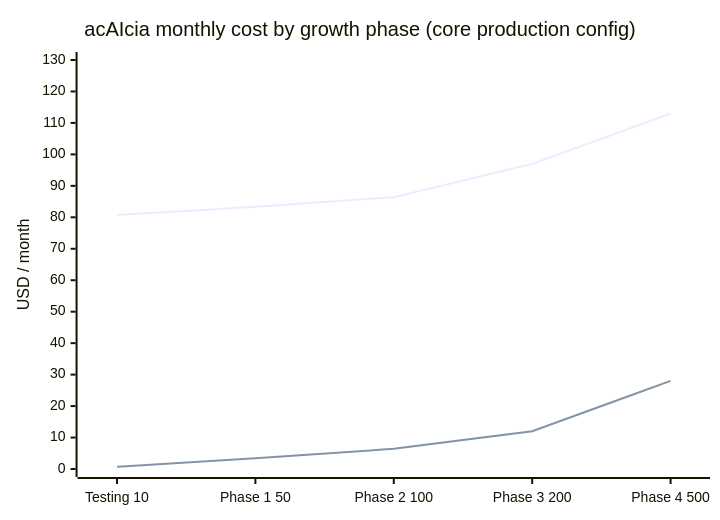
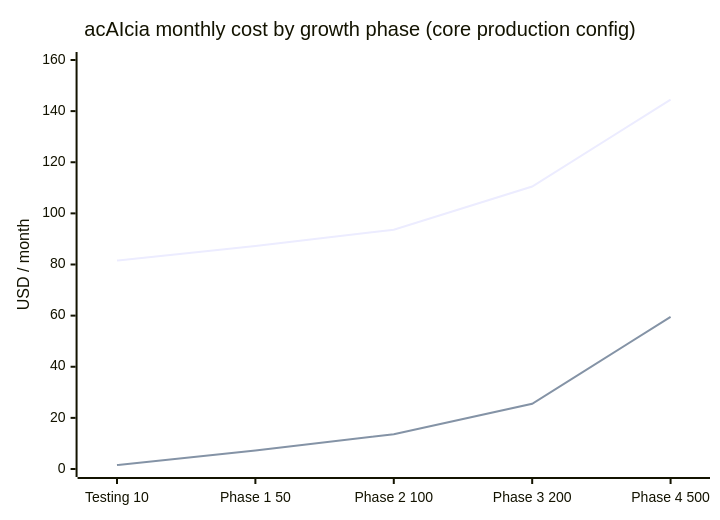
One commit to BongweKE/acAIcia changed the second of 4 diagrams in docs/cost_model.md. Above: the diagram before and after it, drawn with Mermaid. The commit also changed other lines of this file, not shown here.

First line of the commit message:
docs(cost): correct inference estimates from live probes; add upgrades + cost-driver analysis

````diff
--- a/docs/cost_model.md
+++ b/docs/cost_model.md
@@ -136,8 +138,8 @@
 ```mermaid
 xychart-beta
     title "acAIcia monthly cost by growth phase (core production config)"
     x-axis ["Testing 10", "Phase 1 50", "Phase 2 100", "Phase 3 200", "Phase 4 500"]
-    y-axis "USD / month" 0 --> 130
-    line "Total" [80.71, 83.39, 86.39, 96.99, 112.99]
-    line "Mistral inference only" [0.72, 3.40, 6.40, 12.00, 28.00]
+    y-axis "USD / month" 0 --> 160
+    line "Total" [81.52, 87.22, 93.59, 110.49, 144.49]
+    line "Mistral inference only" [1.53, 7.23, 13.60, 25.50, 59.50]
 ```
````
